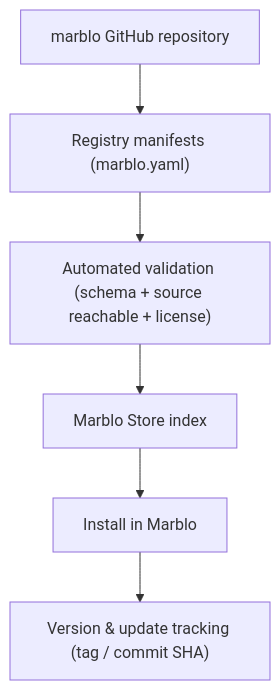
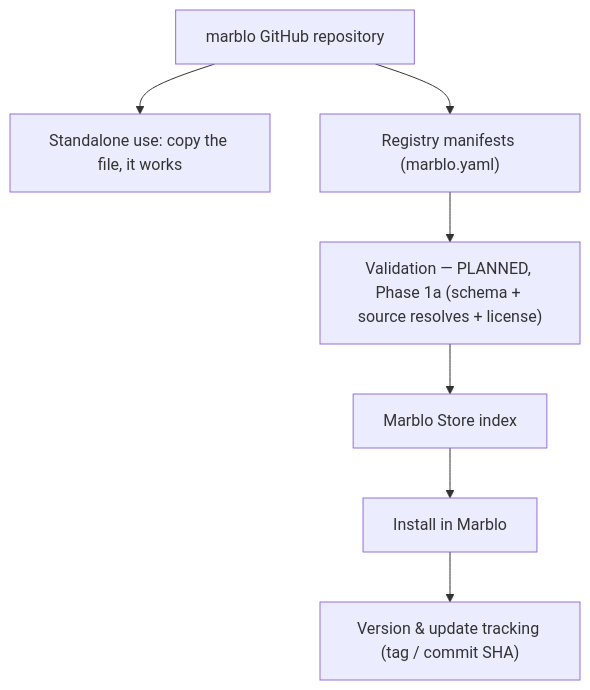
Before and after one commit to marblo-app/marblo: the diagram in registry/README.md, drawn with Mermaid. The commit also changed other lines of this file and 27 other files, not shown here.

````diff
--- a/registry/README.md
+++ b/registry/README.md
@@ -5,8 +7,9 @@
 ```mermaid
 flowchart TD
-    A["marblo GitHub repository"] --> B["Registry manifests (marblo.yaml)"]
-    B --> C["Automated validation (schema + source reachable + license)"]
+    A["marblo GitHub repository"] --> A2["Standalone use: copy the file, it works"]
+    A --> B["Registry manifests (marblo.yaml)"]
+    B --> C["Validation — PLANNED, Phase 1a (schema + source resolves + license)"]
     C --> D["Marblo Store index"]
     D --> E["Install in Marblo"]
     E --> F["Version & update tracking (tag / commit SHA)"]
 ```
````
